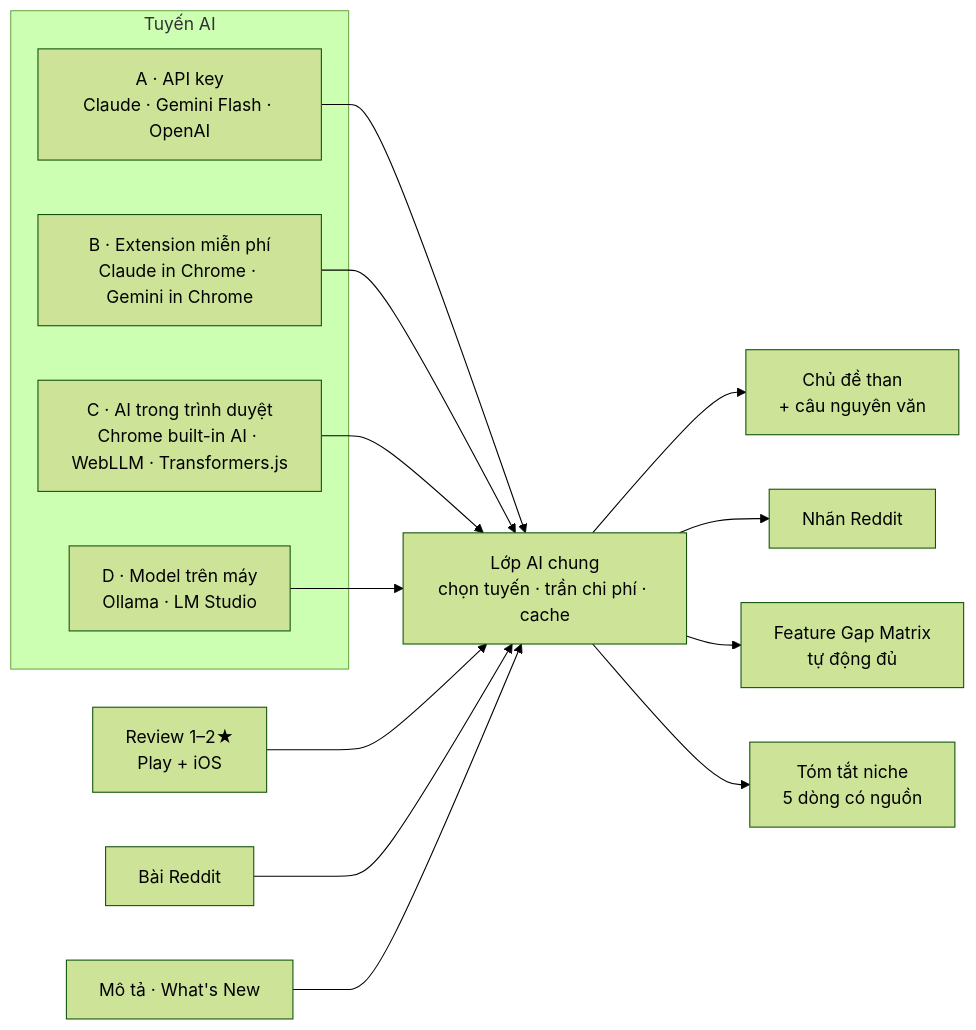
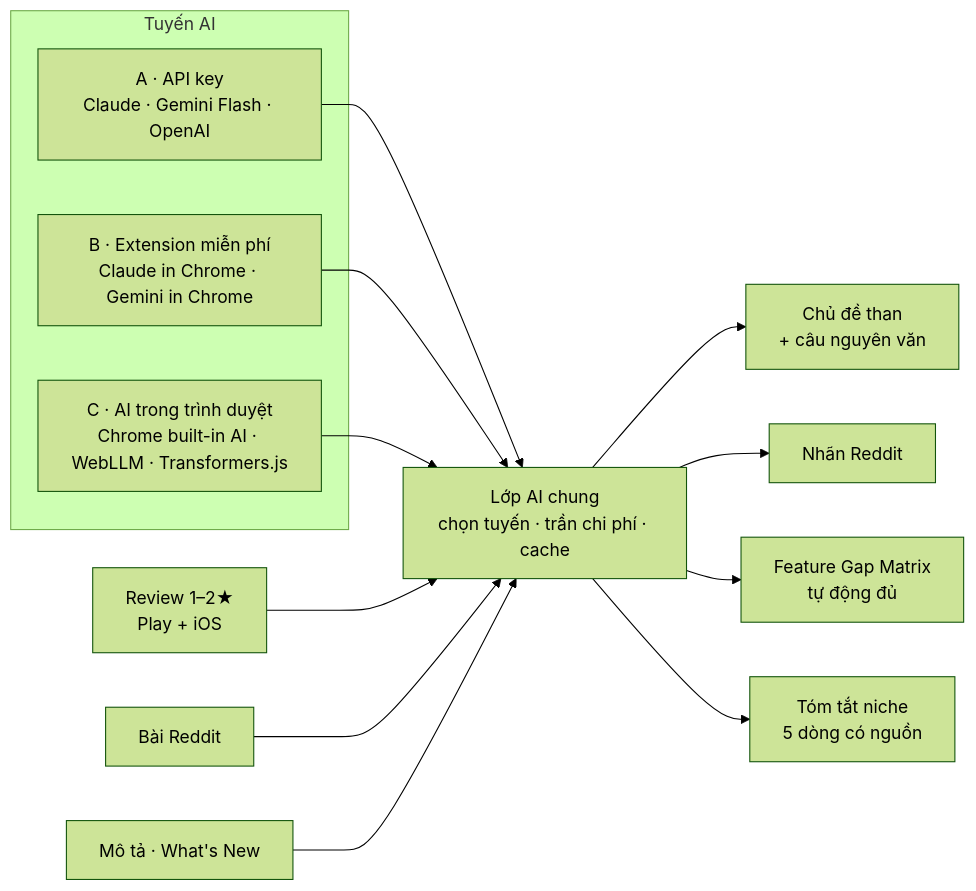
One commit to nvminhtu/niche-radar-docs changed the diagram in docs/web/phase-6-ai-web.md. Above: the diagram before and after it, drawn with Mermaid (forest theme). The commit also changed other lines of this file and 26 other files, not shown here.

Commit message:
docs: sync — bỏ Ollama khỏi mọi plan + Phase 29/30 bản gọn (Privacy live trên shotmatic.app)

````diff
--- a/docs/web/phase-6-ai-web.md
+++ b/docs/web/phase-6-ai-web.md
@@ -31,17 +30,16 @@
 ```mermaid
 flowchart LR
   subgraph Tuyến AI
     A[A · API key<br/>Claude · Gemini Flash · OpenAI]
     B[B · Extension miễn phí<br/>Claude in Chrome · Gemini in Chrome]
     C[C · AI trong trình duyệt<br/>Chrome built-in AI · WebLLM · Transformers.js]
-    D[D · Model trên máy<br/>Ollama · LM Studio]
   end
-  A & B & C & D --> L[Lớp AI chung<br/>chọn tuyến · trần chi phí · cache]
+  A & B & C --> L[Lớp AI chung<br/>chọn tuyến · trần chi phí · cache]
   R[Review 1–2★<br/>Play + iOS] --> L
   RD[Bài Reddit] --> L
   LS[Mô tả · What's New] --> L
   L --> TH[Chủ đề than<br/>+ câu nguyên văn]
   L --> TG[Nhãn Reddit]
   L --> M[Feature Gap Matrix<br/>tự động đủ]
   L --> S[Tóm tắt niche<br/>5 dòng có nguồn]
 ```
````
